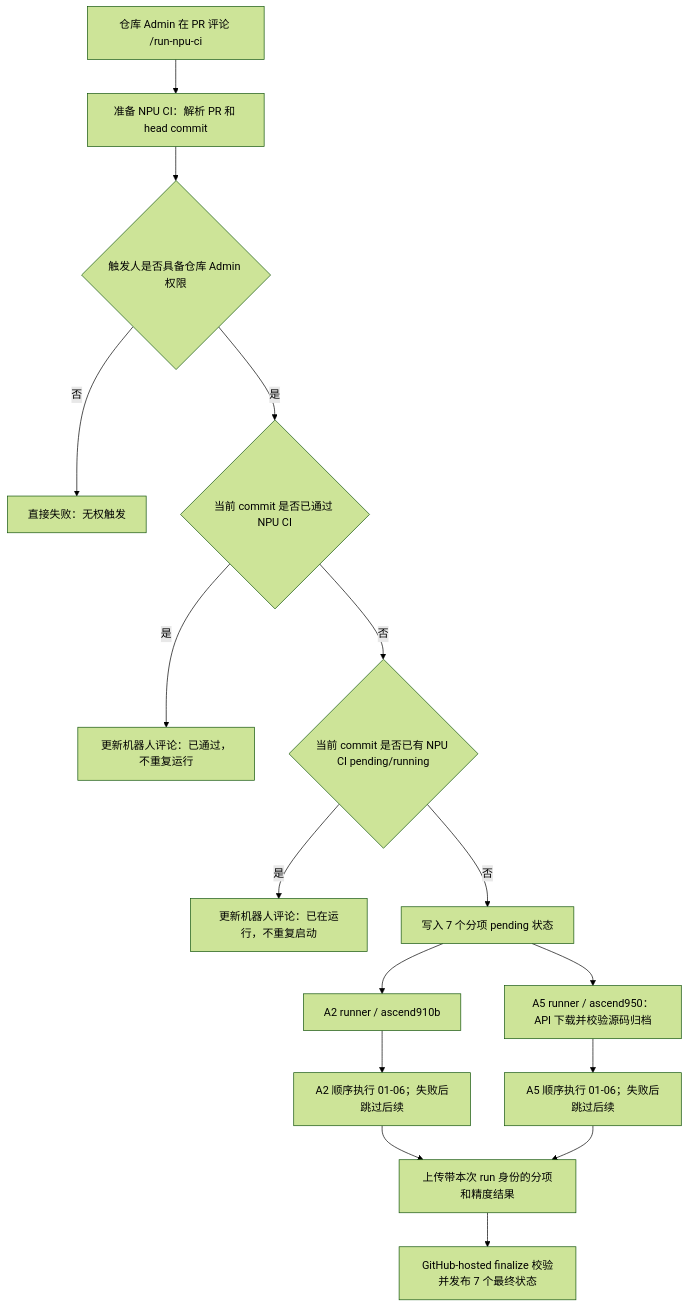
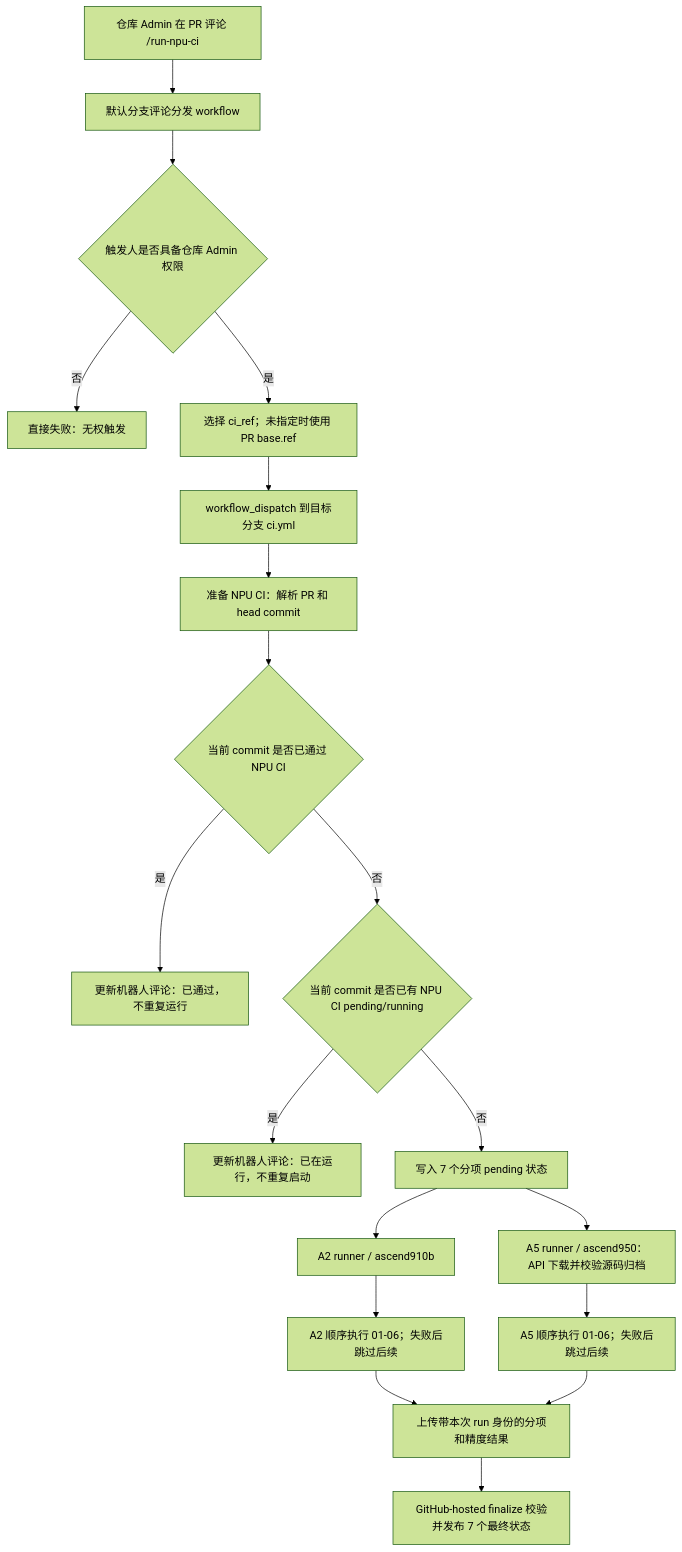
Before and after one commit to AnnYE131/flash-linear-attention-npu: the second of 4 diagrams in docs/Fla-npu仓CI部署教程.md, drawn with Mermaid (forest theme). The commit also changed other lines of this file and 5 other files, not shown here.

````diff
--- a/docs/Fla-npu仓CI部署教程.md
+++ b/docs/Fla-npu仓CI部署教程.md
@@ -89,18 +89,21 @@
 ```mermaid
 flowchart TD
-    A["仓库 Admin 在 PR 评论 /run-npu-ci"] --> B["准备 NPU CI：解析 PR 和 head commit"]
+    A["仓库 Admin 在 PR 评论 /run-npu-ci"] --> B["默认分支评论分发 workflow"]
     B --> C{"触发人是否具备仓库 Admin 权限"}
     C -- "否" --> D["直接失败：无权触发"]
-    C -- "是" --> E{"当前 commit 是否已通过 NPU CI"}
-    E -- "是" --> F["更新机器人评论：已通过，不重复运行"]
-    E -- "否" --> G{"当前 commit 是否已有 NPU CI pending/running"}
-    G -- "是" --> H["更新机器人评论：已在运行，不重复启动"]
-    G -- "否" --> I["写入 7 个分项 pending 状态"]
-    I --> J["A2 runner / ascend910b"]
-    I --> K["A5 runner / ascend950：API 下载并校验源码归档"]
-    J --> L["A2 顺序执行 01-06；失败后跳过后续"]
-    K --> M["A5 顺序执行 01-06；失败后跳过后续"]
-    L --> N["上传带本次 run 身份的分项和精度结果"]
-    M --> N
-    N --> O["GitHub-hosted finalize 校验并发布 7 个最终状态"]
+    C -- "是" --> E["选择 ci_ref；未指定时使用 PR base.ref"]
+    E --> F["workflow_dispatch 到目标分支 ci.yml"]
+    F --> G["准备 NPU CI：解析 PR 和 head commit"]
+    G --> H{"当前 commit 是否已通过 NPU CI"}
+    H -- "是" --> I["更新机器人评论：已通过，不重复运行"]
+    H -- "否" --> J{"当前 commit 是否已有 NPU CI pending/running"}
+    J -- "是" --> K["更新机器人评论：已在运行，不重复启动"]
+    J -- "否" --> L["写入 7 个分项 pending 状态"]
+    L --> M["A2 runner / ascend910b"]
+    L --> N["A5 runner / ascend950：API 下载并校验源码归档"]
+    M --> O["A2 顺序执行 01-06；失败后跳过后续"]
+    N --> P["A5 顺序执行 01-06；失败后跳过后续"]
+    O --> Q["上传带本次 run 身份的分项和精度结果"]
+    P --> Q
+    Q --> R["GitHub-hosted finalize 校验并发布 7 个最终状态"]
 ```
````
